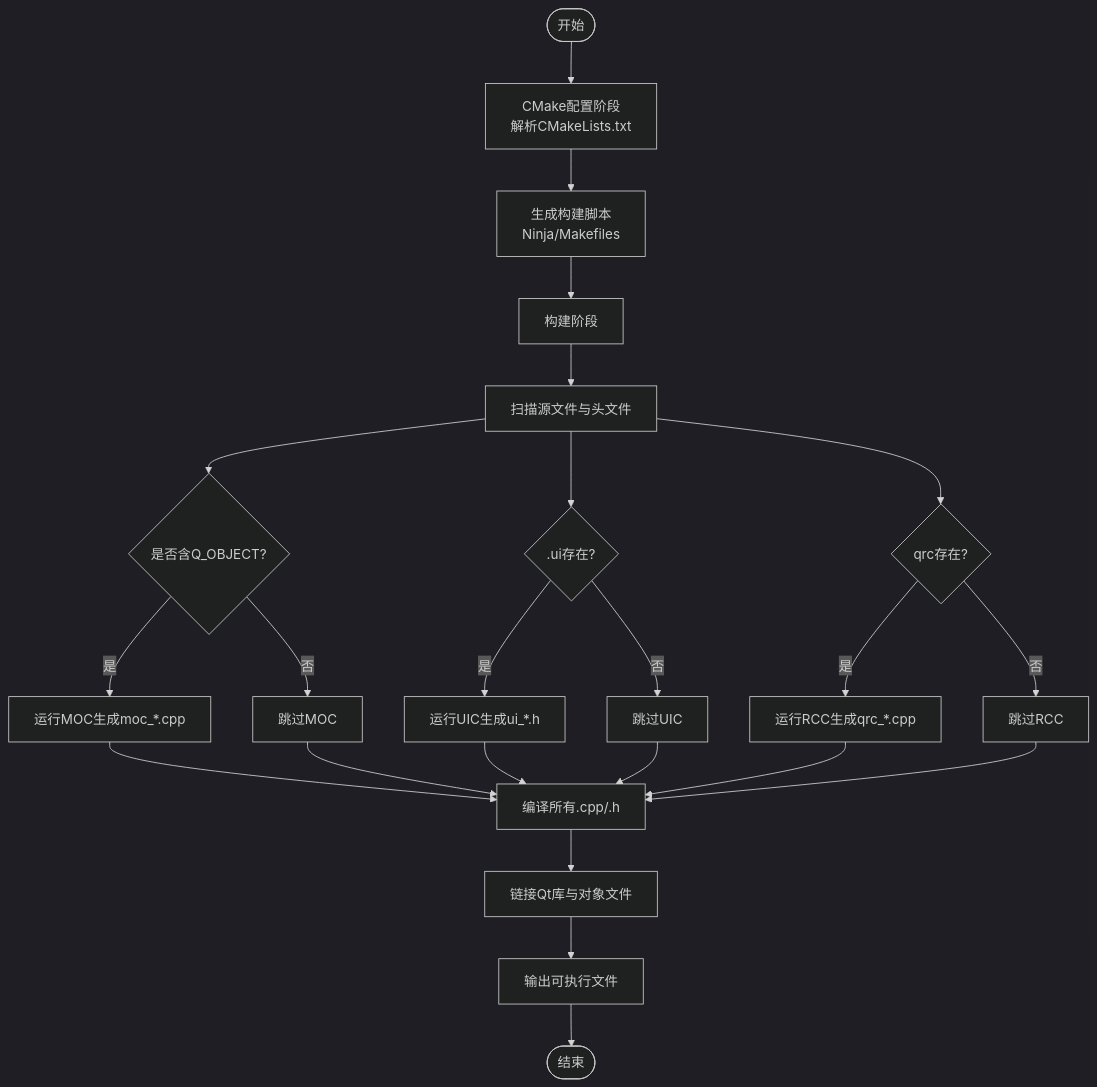
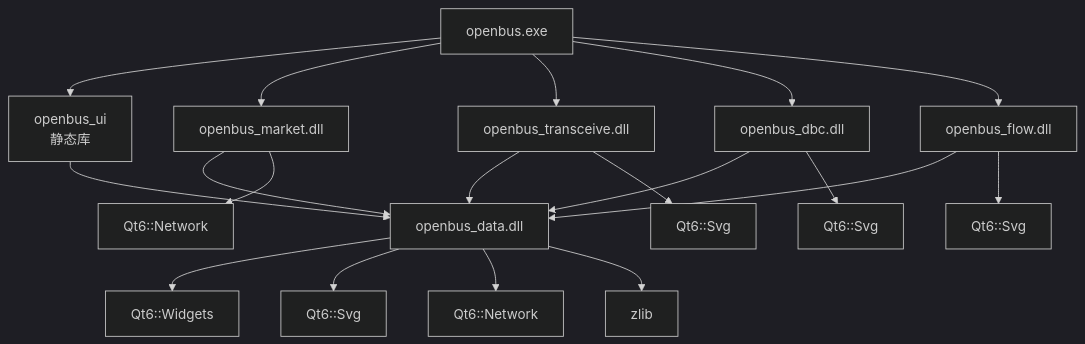
Before and after one commit to jakecai1225-design/OpenBus: the third of 4 diagrams in .qoder/repowiki/zh/content/构建和部署/构建流程/构建流程.md, drawn with Mermaid (dark theme). The commit also changed other lines of this file and 177 other files, not shown here.

````diff
--- a/.qoder/repowiki/zh/content/构建和部署/构建流程/构建流程.md
+++ b/.qoder/repowiki/zh/content/构建和部署/构建流程/构建流程.md
@@ -187,25 +242,21 @@
 ```mermaid
-flowchart TD
-Start(["开始"]) --> Cfg["CMake配置阶段<br/>解析CMakeLists.txt"]
-Cfg --> Gen["生成构建脚本<br/>Ninja/Makefiles"]
-Gen --> Build["构建阶段"]
-Build --> Scan["扫描源文件与头文件"]
-Scan --> MOCProc{"是否含Q_OBJECT?"}
-MOCProc --> |是| MOCRun["运行MOC生成moc_*.cpp"]
-MOCProc --> |否| SkipMOC["跳过MOC"]
-Scan --> UIProc{".ui存在?"}
-UIProc --> |是| UICRun["运行UIC生成ui_*.h"]
-UIProc --> |否| SkipUIC["跳过UIC"]
-Scan --> RCProc{"qrc存在?"}
-RCProc --> |是| RCCRun["运行RCC生成qrc_*.cpp"]
-RCProc --> |否| SkipRCC["跳过RCC"]
-MOCRun --> Compile["编译所有.cpp/.h"]
-UICRun --> Compile
-RCCRun --> Compile
-SkipMOC --> Compile
-SkipUIC --> Compile
-SkipRCC --> Compile
-Compile --> Link["链接Qt库与对象文件"]
-Link --> Output["输出可执行文件"]
-Output --> End(["结束"])
+graph TD
+A["openbus.exe"] --> B["openbus_ui<br/>静态库"]
+A --> C["openbus_market.dll"]
+A --> D["openbus_transceive.dll"]
+A --> E["openbus_dbc.dll"]
+A --> F["openbus_flow.dll"]
+B --> G["openbus_data.dll"]
+C --> G
+D --> G
+E --> G
+F --> G
+G --> H["Qt6::Widgets"]
+G --> I["Qt6::Svg"]
+G --> J["Qt6::Network"]
+G --> K["zlib"]
+C --> L["Qt6::Network"]
+D --> M["Qt6::Svg"]
+E --> N["Qt6::Svg"]
+F --> O["Qt6::Svg"]
 ```
````
